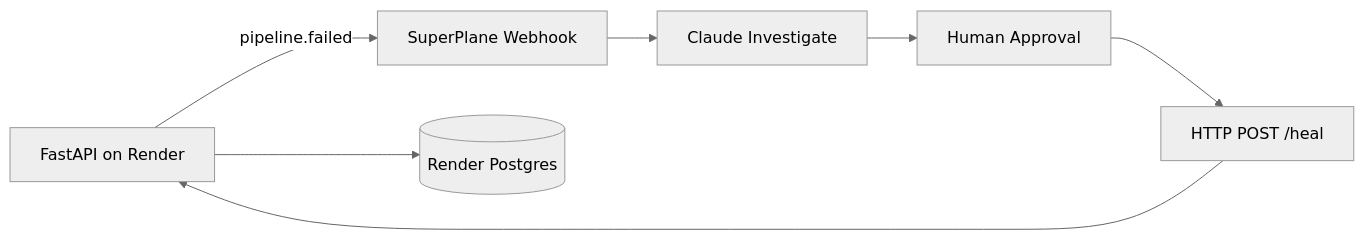
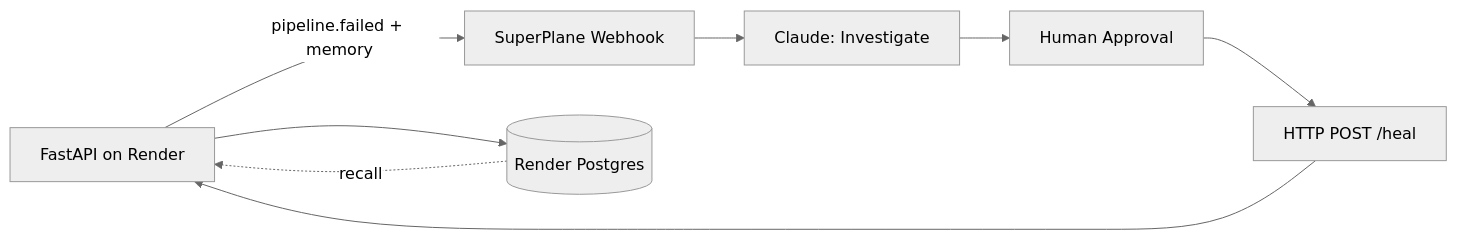
Before and after one commit to madhukoseke/de-guardian: the diagram in README.md, drawn with Mermaid (neutral theme). The commit also changed other lines of this file and 10 other files, not shown here.

````diff
--- a/README.md
+++ b/README.md
@@ -13,9 +27,10 @@
 ```mermaid
 flowchart LR
-  Demo[FastAPI on Render] -->|pipeline.failed| Webhook[SuperPlane Webhook]
-  Webhook --> Claude[Claude Investigate]
+  Demo[FastAPI on Render] -->|pipeline.failed + memory| Webhook[SuperPlane Webhook]
+  Webhook --> Claude[Claude: Investigate]
   Claude --> Approval[Human Approval]
   Approval --> Heal[HTTP POST /heal]
   Heal --> Demo
   Demo --> PG[(Render Postgres)]
+  PG -.recall.-> Demo
 ```
````
